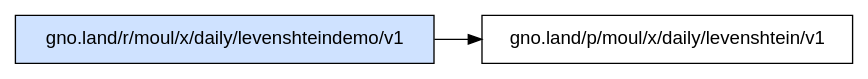
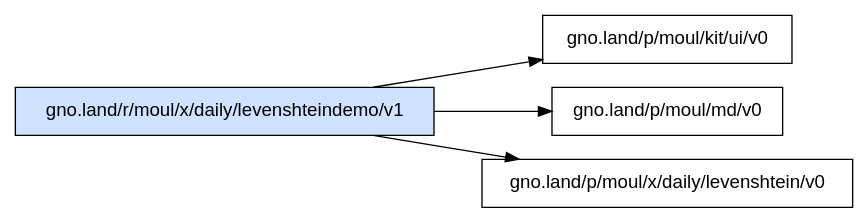
The diagram in _assets/gno.land/r/moul/x/daily/levenshteindemo/v1/deps.dot (moul/gno-contracts), drawn with Graphviz before and after one commit. The commit also changed 44 other files, not shown here.

Commit message:
chore: regenerate catalog, graphs and on-chain status [skip ci]

```diff
--- a/_assets/gno.land/r/moul/x/daily/levenshteindemo/v1/deps.dot
+++ b/_assets/gno.land/r/moul/x/daily/levenshteindemo/v1/deps.dot
@@ -1,6 +1,8 @@
 digraph deps {
   rankdir=LR;
   node [shape=box, fontname="sans-serif"];
   "gno.land/r/moul/x/daily/levenshteindemo/v1" [style=filled, fillcolor="#cfe2ff"];
-  "gno.land/r/moul/x/daily/levenshteindemo/v1" -> "gno.land/p/moul/x/daily/levenshtein/v1";
+  "gno.land/r/moul/x/daily/levenshteindemo/v1" -> "gno.land/p/moul/kit/ui/v0";
+  "gno.land/r/moul/x/daily/levenshteindemo/v1" -> "gno.land/p/moul/md/v0";
+  "gno.land/r/moul/x/daily/levenshteindemo/v1" -> "gno.land/p/moul/x/daily/levenshtein/v0";
 }
```
